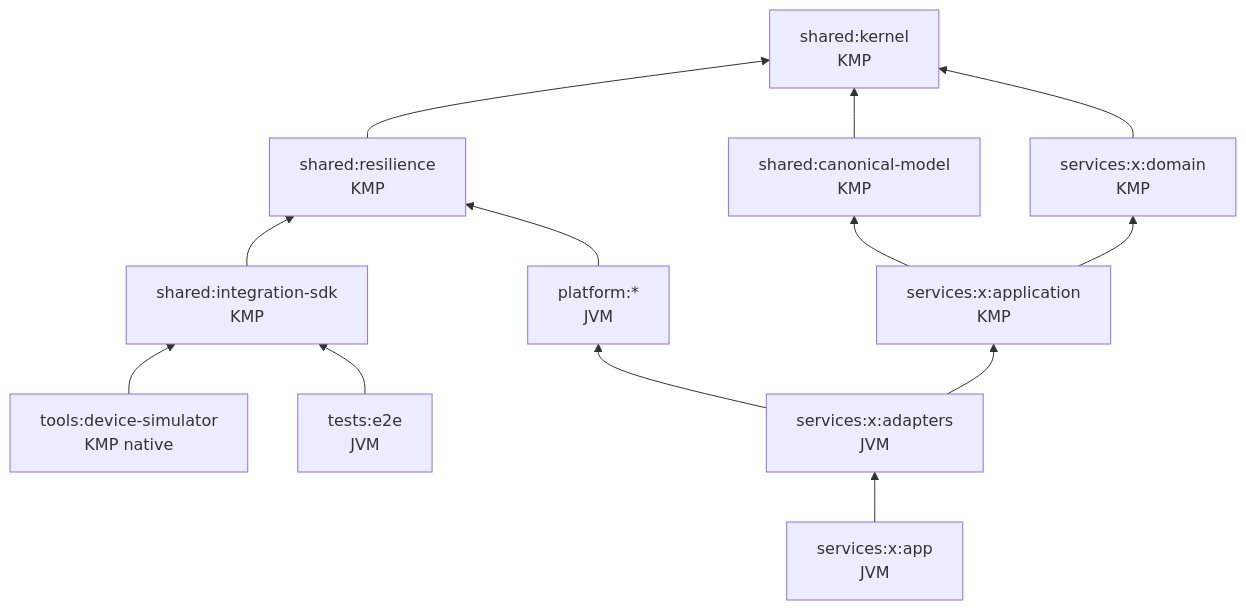
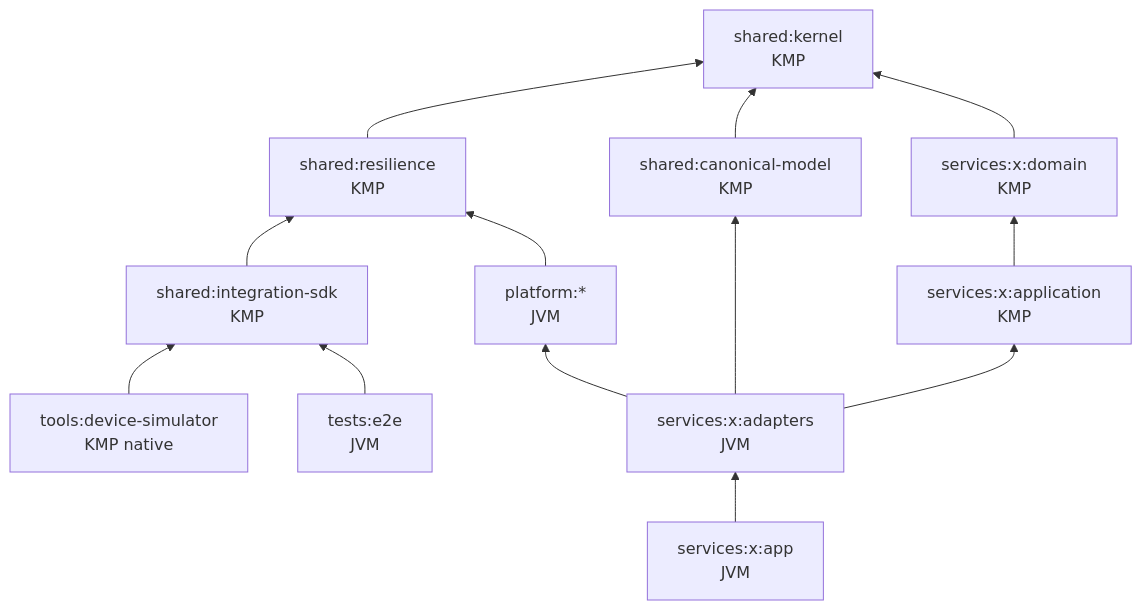
One commit to io0323/enterprise-integration-architecture-framework changed the diagram in docs/implementation/MODULE_DESIGN.md. Above: the diagram before and after it, drawn with Mermaid. The commit also changed other lines of this file and 2 other files, not shown here.

````diff
--- a/docs/implementation/MODULE_DESIGN.md
+++ b/docs/implementation/MODULE_DESIGN.md
@@ -29,16 +29,16 @@
 ```mermaid
 flowchart BT
   kernel[shared:kernel<br/>KMP]
   res[shared:resilience<br/>KMP] --> kernel
   canon[shared:canonical-model<br/>KMP] --> kernel
   sdk[shared:integration-sdk<br/>KMP] --> res
   dom[services:x:domain<br/>KMP] --> kernel
   app[services:x:application<br/>KMP] --> dom
-  app --> canon
   adp[services:x:adapters<br/>JVM] --> app
+  adp --> canon
   adp --> plat[platform:*<br/>JVM]
   plat --> res
   boot[services:x:app<br/>JVM] --> adp
   sim[tools:device-simulator<br/>KMP native] --> sdk
   e2e[tests:e2e<br/>JVM] --> sdk
 ```
````
